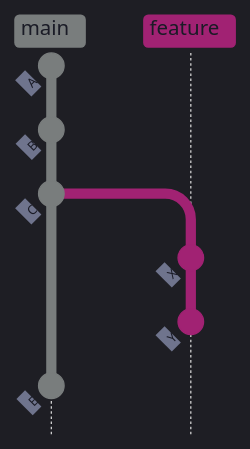
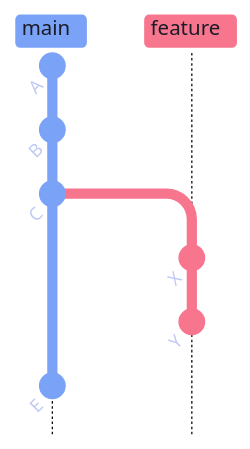
Before and after one commit to alp78/elysium: the second of 3 diagrams in content/08-Git/git-remote-management.md, drawn with Mermaid. The commit also changed other lines of this file and 14 other files, not shown here.

````diff
--- a/content/08-Git/git-remote-management.md
+++ b/content/08-Git/git-remote-management.md
@@ -203,12 +203,12 @@
 ```mermaid
-%%{init: {'theme': 'dark', 'themeVariables': {'commitLabelColor': '#1a1b26', 'commitLabelBackground': '#c0caf5', 'gitBranchLabel0': '#1a1b26', 'gitBranchLabel1': '#1a1b26', 'gitBranchLabel2': '#1a1b26', 'gitBranchLabel3': '#1a1b26', 'tagLabelColor': '#1a1b26', 'tagLabelBackground': '#c0caf5'}, 'gitGraph': {'mainBranchName': 'main'}} }%%
+%%{init: {'theme': 'base', 'themeVariables': {'git0': '#7aa2f7', 'git1': '#f7768e', 'git2': '#9ece6a', 'git3': '#e0af68', 'git4': '#bb9af7', 'gitBranchLabel0': '#1a1b26', 'gitBranchLabel1': '#1a1b26', 'gitBranchLabel2': '#1a1b26', 'gitBranchLabel3': '#1a1b26', 'commitLabelColor': '#c0caf5', 'commitLabelBackground': 'transparent', 'commitLabelFontSize': '14px', 'tagLabelColor': '#1a1b26', 'tagLabelBackground': '#c0caf5'}, 'gitGraph': {'mainBranchName': 'main'}} }%%
 gitGraph TB:
   commit id: "A"
   commit id: "B"
   commit id: "C"
   branch feature
   commit id: "X"
   commit id: "Y"
   checkout main
   commit id: "E"
 ```
````
